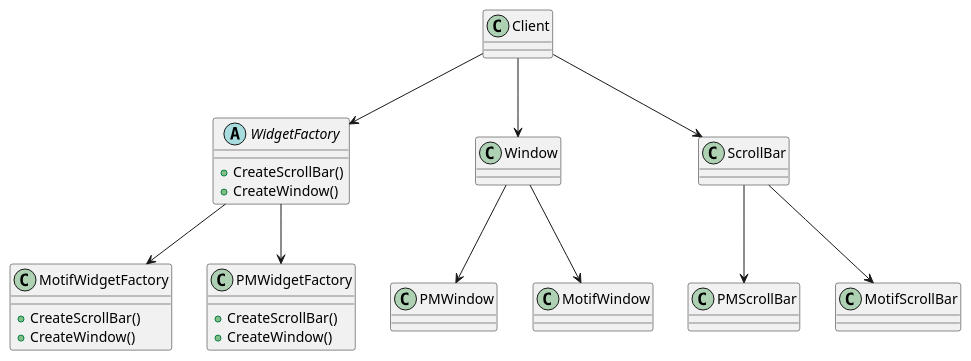
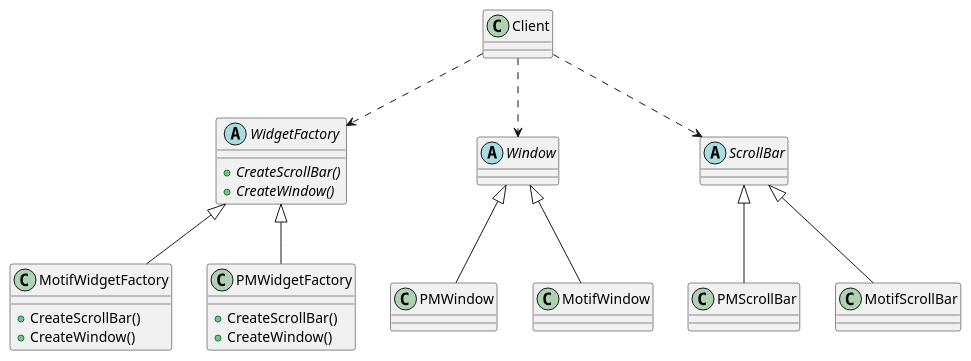
One commit to leandro-costa/blog-material-aula-template changed the first of 3 diagrams in posts/06_Abstract_Factory.md. Above: the diagram before and after it, drawn with PlantUML. The commit also changed other lines of this file, not shown here.

Commit message:
ajuste toolkit AF

````diff
--- a/posts/06_Abstract_Factory.md
+++ b/posts/06_Abstract_Factory.md
@@ -31,38 +32,35 @@
 ```plantuml
 @startuml _01
 abstract class WidgetFactory{
+    +{abstract}CreateScrollBar()
+    +{abstract}CreateWindow()
+}
+
+class MotifWidgetFactory extends WidgetFactory{
 
     +CreateScrollBar()
     +CreateWindow()
 }
 
-class MotifWidgetFactory{
+class PMWidgetFactory extends WidgetFactory{
 
     +CreateScrollBar()
     +CreateWindow()
 }
 
-class PMWidgetFactory{
-
-    +CreateScrollBar()
-    +CreateWindow()
-}
-
-WidgetFactory --> MotifWidgetFactory
-WidgetFactory --> PMWidgetFactory
-
-Client-->WidgetFactory
-Client-->Window
-Client-->ScrollBar
-
-Window--> PMWindow
-Window-->MotifWindow
-
-ScrollBar-->PMScrollBar
-ScrollBar-->MotifScrollBar
+abstract class Window
+class PMWindow extends Window
+class MotifWindow extends Window
 
 
+
+abstract class ScrollBar
+class PMScrollBar extends ScrollBar
+class MotifScrollBar extends ScrollBar
+
+Client..>WidgetFactory
+Client..>Window
+Client..>ScrollBar
 @enduml
 
-
 ```
````
